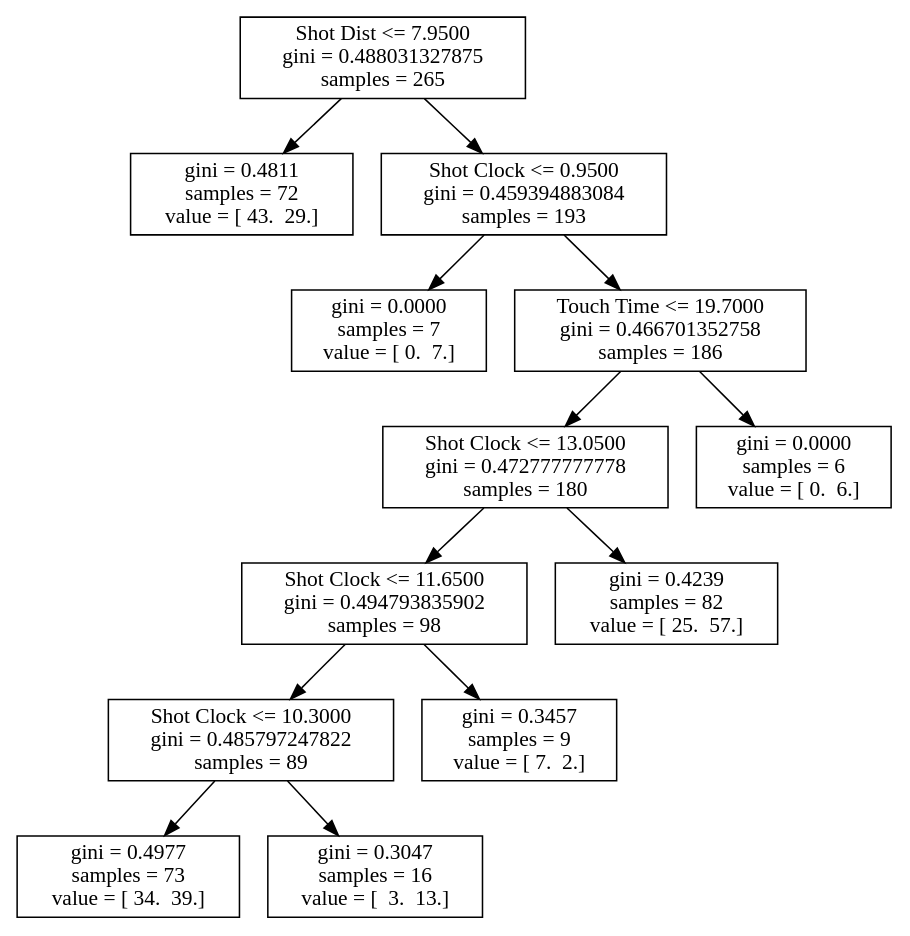
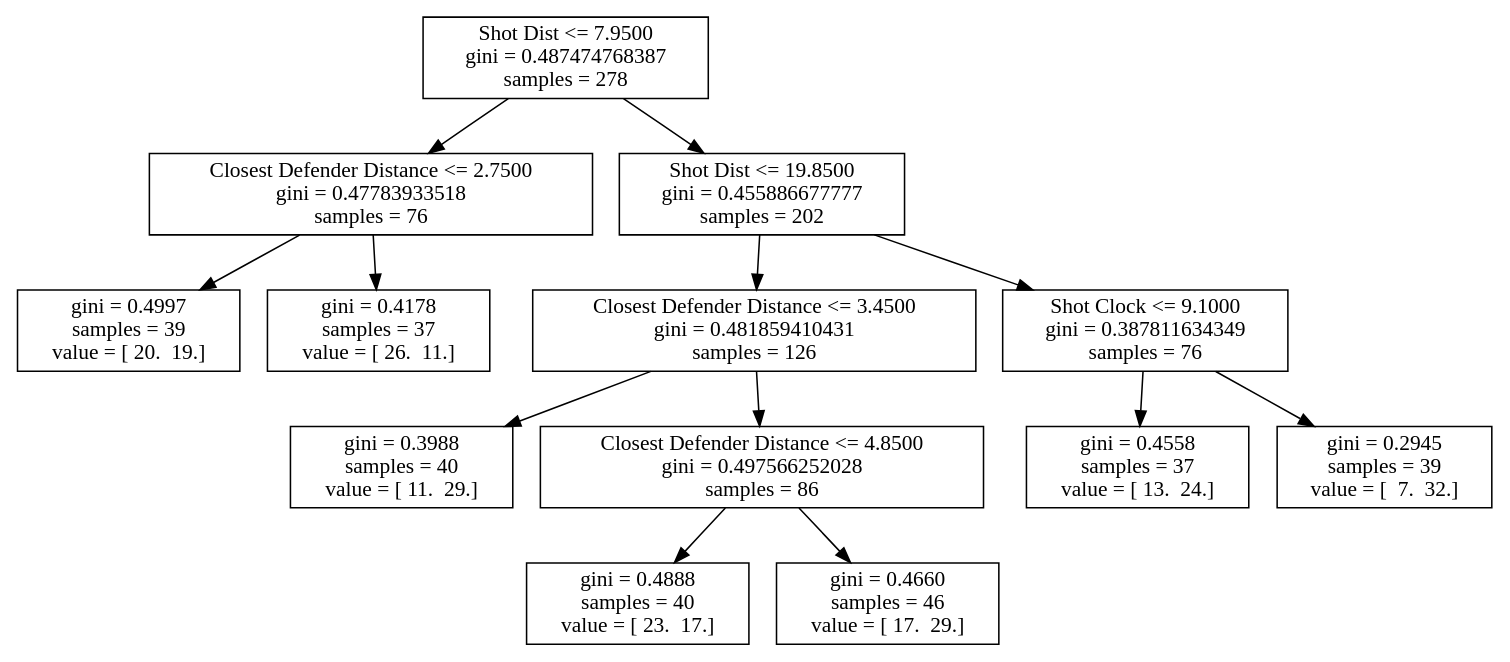
One commit to bveber/Analyze_NBA changed the diagram in john_wall.dot. Above: the diagram before and after it, drawn with Graphviz. The commit also changed 63 other files, not shown here.

```diff
--- a/john_wall.dot
+++ b/john_wall.dot
@@ -1,27 +1,27 @@
 digraph Tree {
-0 [label="Shot Dist <= 7.9500\ngini = 0.488031327875\nsamples = 265", shape="box"] ;
-1 [label="gini = 0.4811\nsamples = 72\nvalue = [ 43.  29.]", shape="box"] ;
+0 [label="Shot Dist <= 7.9500\ngini = 0.487474768387\nsamples = 278", shape="box"] ;
+1 [label="Closest Defender Distance <= 2.7500\ngini = 0.47783933518\nsamples = 76", shape="box"] ;
 0 -> 1 ;
-2 [label="Shot Clock <= 0.9500\ngini = 0.459394883084\nsamples = 193", shape="box"] ;
-0 -> 2 ;
-3 [label="gini = 0.0000\nsamples = 7\nvalue = [ 0.  7.]", shape="box"] ;
-2 -> 3 ;
-4 [label="Touch Time <= 19.7000\ngini = 0.466701352758\nsamples = 186", shape="box"] ;
-2 -> 4 ;
-5 [label="Shot Clock <= 13.0500\ngini = 0.472777777778\nsamples = 180", shape="box"] ;
+2 [label="gini = 0.4997\nsamples = 39\nvalue = [ 20.  19.]", shape="box"] ;
+1 -> 2 ;
+3 [label="gini = 0.4178\nsamples = 37\nvalue = [ 26.  11.]", shape="box"] ;
+1 -> 3 ;
+4 [label="Shot Dist <= 19.8500\ngini = 0.455886677777\nsamples = 202", shape="box"] ;
+0 -> 4 ;
+5 [label="Closest Defender Distance <= 3.4500\ngini = 0.481859410431\nsamples = 126", shape="box"] ;
 4 -> 5 ;
-6 [label="Shot Clock <= 11.6500\ngini = 0.494793835902\nsamples = 98", shape="box"] ;
+6 [label="gini = 0.3988\nsamples = 40\nvalue = [ 11.  29.]", shape="box"] ;
 5 -> 6 ;
-7 [label="Shot Clock <= 10.3000\ngini = 0.485797247822\nsamples = 89", shape="box"] ;
-6 -> 7 ;
-8 [label="gini = 0.4977\nsamples = 73\nvalue = [ 34.  39.]", shape="box"] ;
+7 [label="Closest Defender Distance <= 4.8500\ngini = 0.497566252028\nsamples = 86", shape="box"] ;
+5 -> 7 ;
+8 [label="gini = 0.4888\nsamples = 40\nvalue = [ 23.  17.]", shape="box"] ;
 7 -> 8 ;
-9 [label="gini = 0.3047\nsamples = 16\nvalue = [  3.  13.]", shape="box"] ;
+9 [label="gini = 0.4660\nsamples = 46\nvalue = [ 17.  29.]", shape="box"] ;
 7 -> 9 ;
-10 [label="gini = 0.3457\nsamples = 9\nvalue = [ 7.  2.]", shape="box"] ;
-6 -> 10 ;
-11 [label="gini = 0.4239\nsamples = 82\nvalue = [ 25.  57.]", shape="box"] ;
-5 -> 11 ;
-12 [label="gini = 0.0000\nsamples = 6\nvalue = [ 0.  6.]", shape="box"] ;
-4 -> 12 ;
+10 [label="Shot Clock <= 9.1000\ngini = 0.387811634349\nsamples = 76", shape="box"] ;
+4 -> 10 ;
+11 [label="gini = 0.4558\nsamples = 37\nvalue = [ 13.  24.]", shape="box"] ;
+10 -> 11 ;
+12 [label="gini = 0.2945\nsamples = 39\nvalue = [  7.  32.]", shape="box"] ;
+10 -> 12 ;
 }
```
